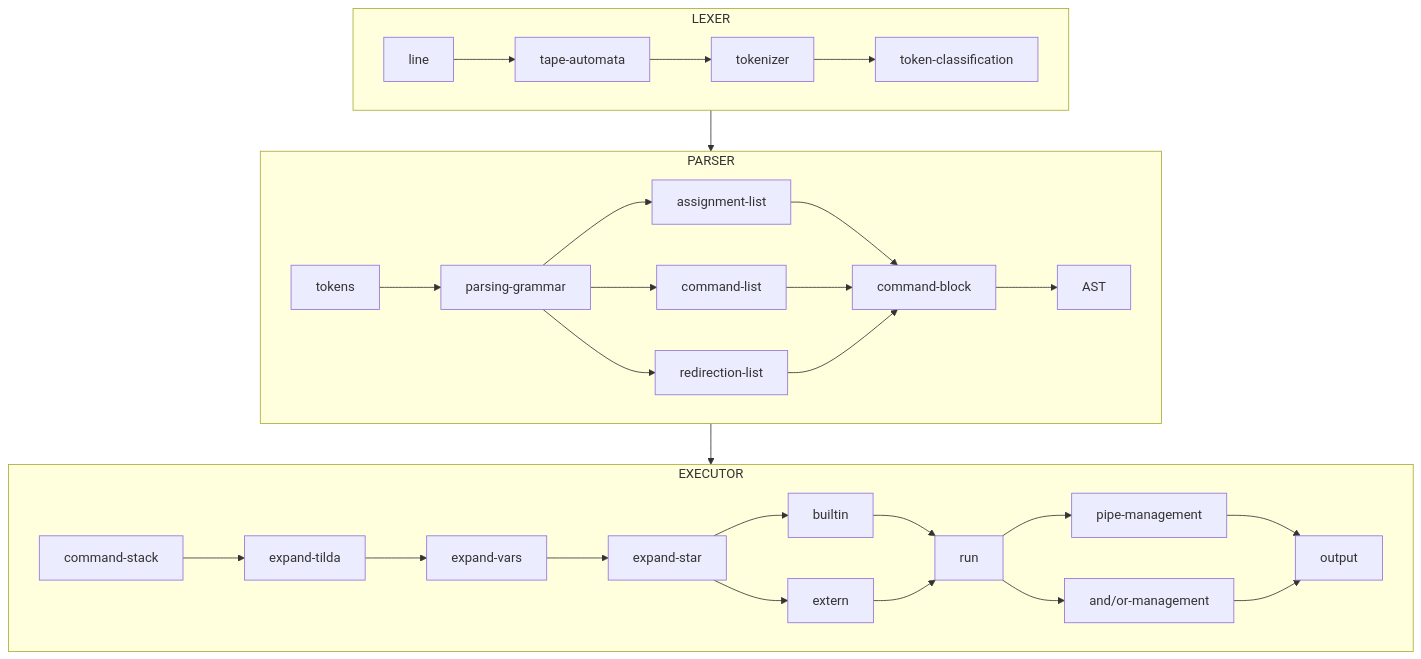
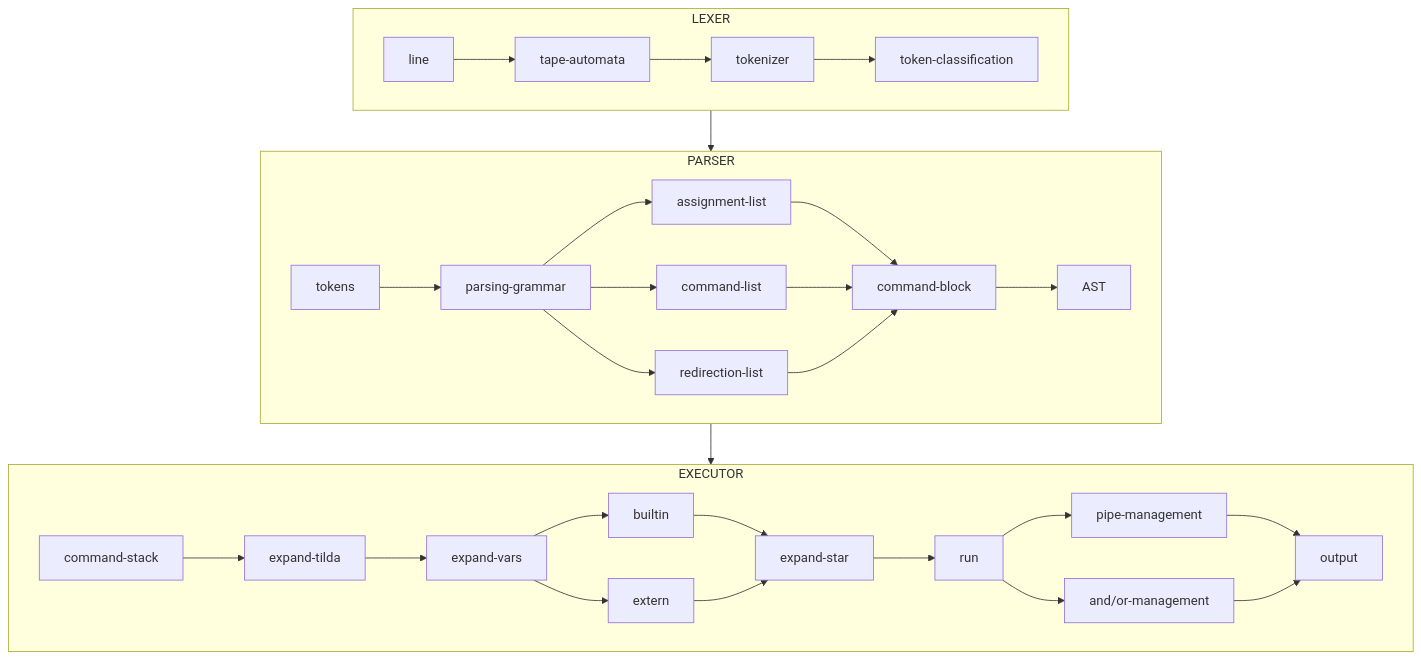
Before and after one commit to SouzaSA/42sp_minishell: the first of 13 diagrams in README.md, drawn with Mermaid.

Commit message:
correction on executor figure

````diff
--- a/README.md
+++ b/README.md
@@ -103,37 +103,37 @@
 ```mermaid
 flowchart TB
 	subgraph LEXER
 		direction LR
 		line-->tape-automata
 		tape-automata-->tokenizer
 		tokenizer-->token-classification
 	end
 	subgraph PARSER
 		direction LR
 		tokens-->parsing-grammar
 		parsing-grammar-->assignment-list
 		parsing-grammar-->command-list
 		parsing-grammar-->redirection-list
 		assignment-list-->command-block
 		command-list-->command-block
 		redirection-list-->command-block
 		command-block-->AST
 	end
 	subgraph EXECUTOR
 		direction LR
 		command-stack
 		command-stack-->expand-tilda
 		expand-tilda-->expand-vars
-		expand-vars-->expand-star
-		expand-star-->builtin
-		expand-star-->extern
-		builtin-->run
-		extern-->run
+		expand-vars-->builtin
+		expand-vars-->extern
+		builtin-->expand-star
+		extern-->expand-star
+		expand-star-->run
 		run-->pipe-management
 		run-->and/or-management
 		pipe-management-->output
 		and/or-management-->output
 	end
 	LEXER-->PARSER
 	PARSER-->EXECUTOR
 ```
````
